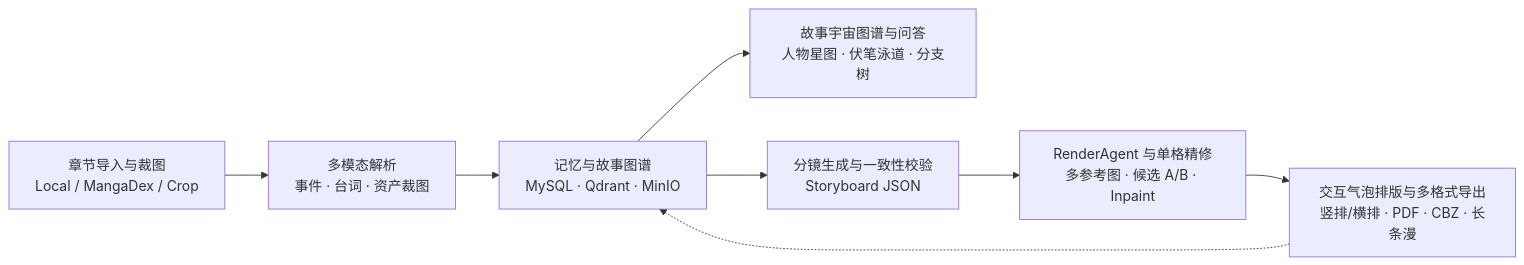
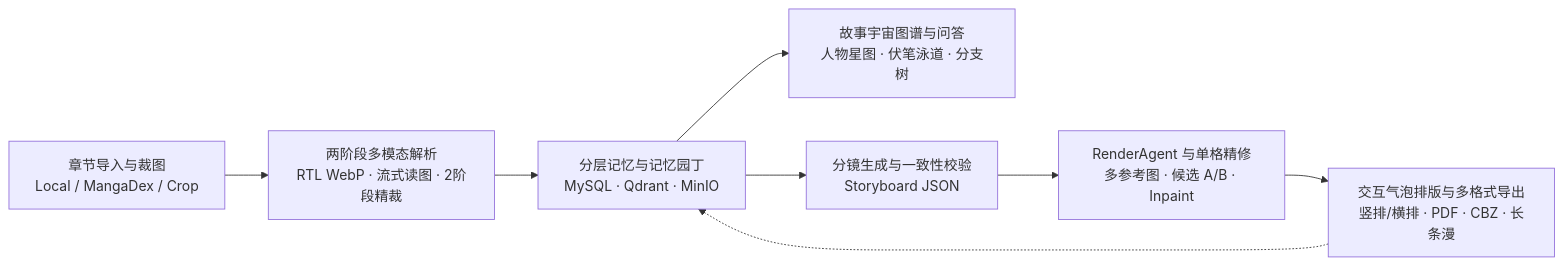
Before and after one commit to Gwen0x4c3/manga-forge: the diagram in README.zh-CN.md, drawn with Mermaid. The commit also changed other lines of this file and 11 other files, not shown here.

````diff
--- a/README.zh-CN.md
+++ b/README.zh-CN.md
@@ -92,10 +109,10 @@
 ```mermaid
 flowchart LR
-    Ingest["章节导入与裁图<br/>Local / MangaDex / Crop"] --> Understand["多模态解析<br/>事件 · 台词 · 资产裁图"]
-    Understand --> Memory["记忆与故事图谱<br/>MySQL · Qdrant · MinIO"]
+    Ingest["章节导入与裁图<br/>Local / MangaDex / Crop"] --> Understand["两阶段多模态解析<br/>RTL WebP · 流式读图 · 2阶段精裁"]
+    Understand --> Memory["分层记忆与记忆园丁<br/>MySQL · Qdrant · MinIO"]
     Memory --> Atlas["故事宇宙图谱与问答<br/>人物星图 · 伏笔泳道 · 分支树"]
     Memory --> Script["分镜生成与一致性校验<br/>Storyboard JSON"]
     Script --> Render["RenderAgent 与单格精修<br/>多参考图 · 候选 A/B · Inpaint"]
     Render --> Layout["交互气泡排版与多格式导出<br/>竖排/横排 · PDF · CBZ · 长条漫"]
     Layout -.-> Memory
 ```
````
